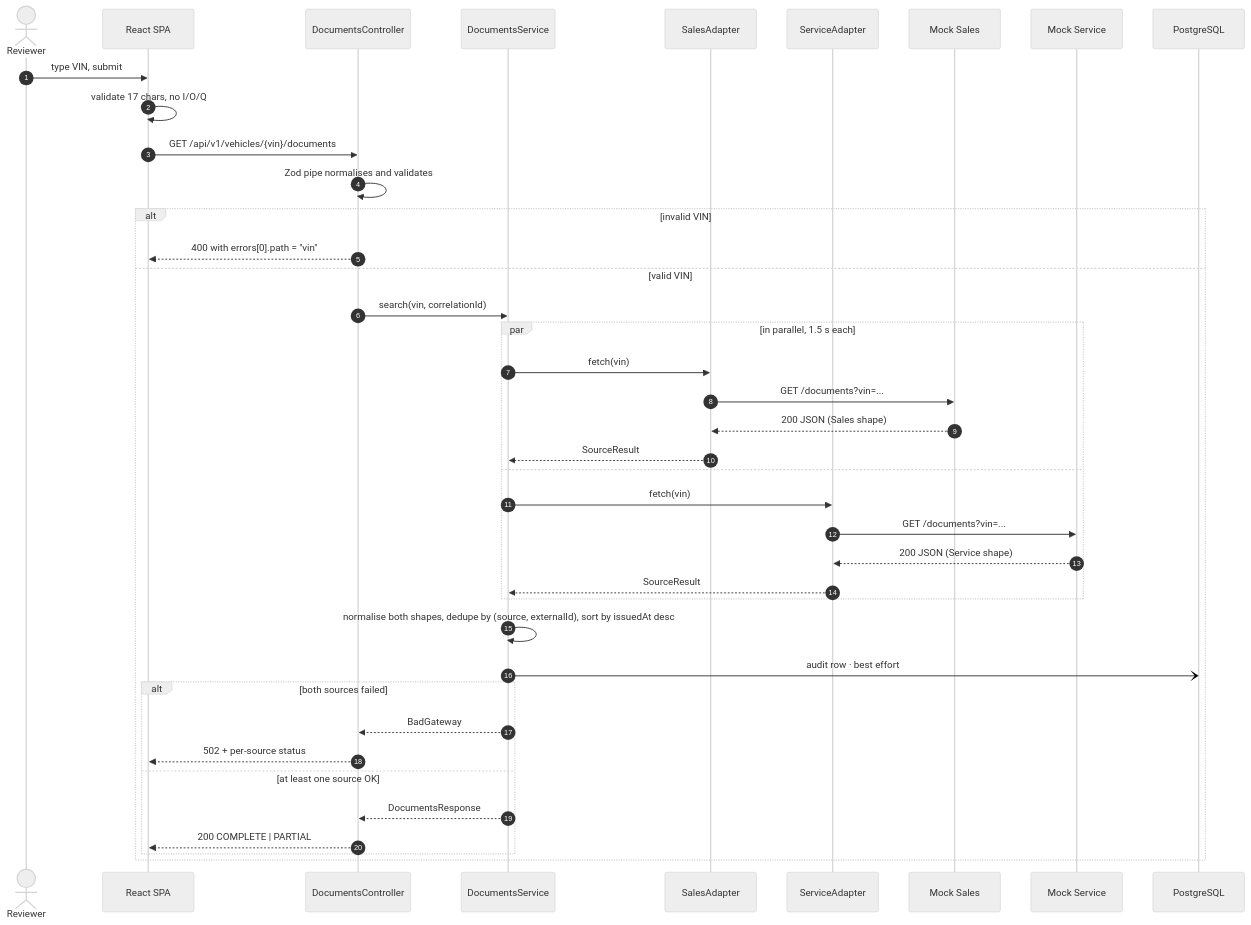
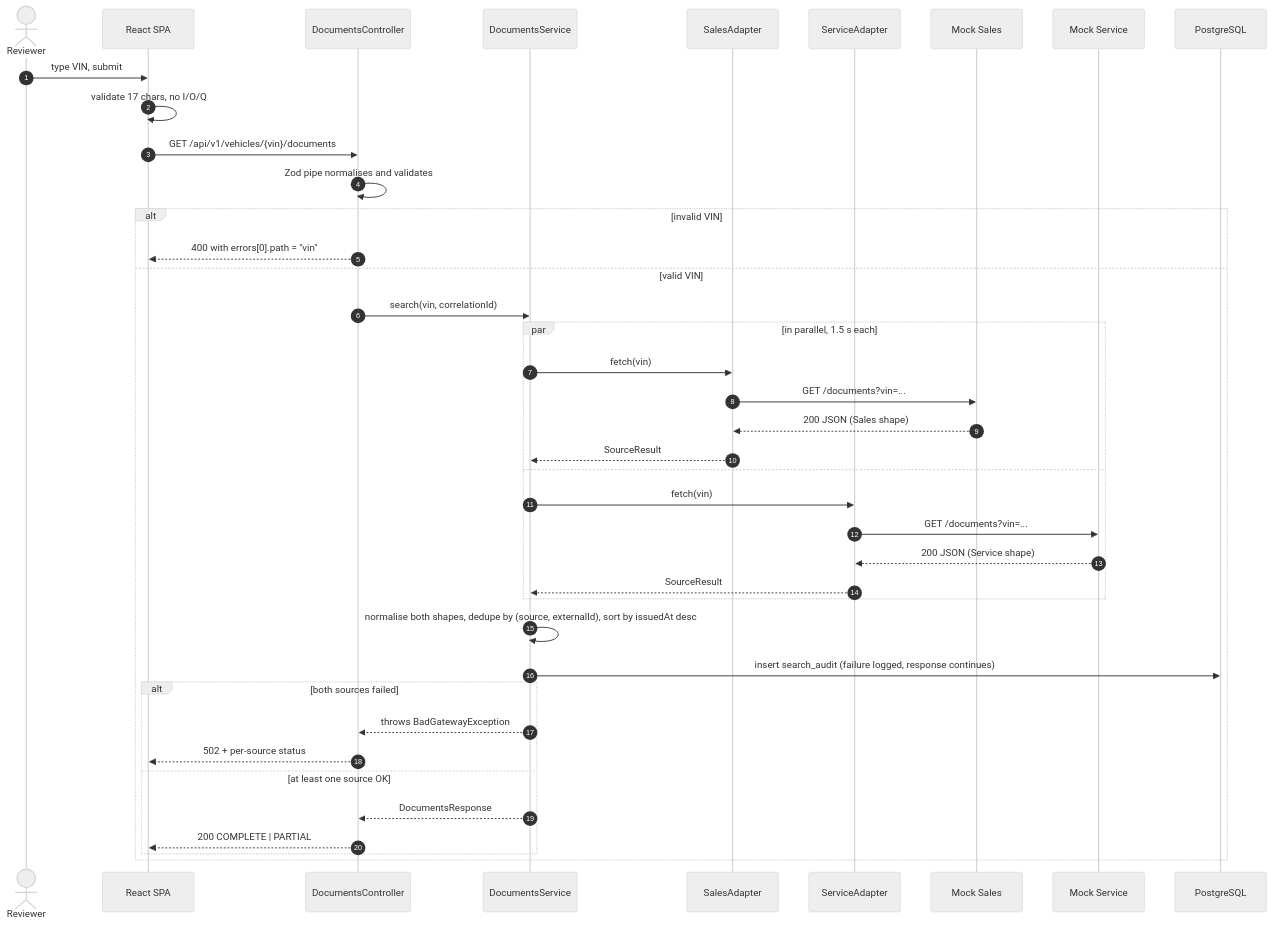
One commit to phatse/CarProjectKeyloop changed the second of 3 diagrams in Docs/system-design.md. Above: the diagram before and after it, drawn with Mermaid (neutral theme).

Commit message:
docs: correct the data-flow diagram notation
- the audit write is awaited, not fire-and-forget
- the service throws BadGatewayException; it does not return a value

````diff
--- a/Docs/system-design.md
+++ b/Docs/system-design.md
@@ -94,44 +94,44 @@
 ```mermaid
 sequenceDiagram
   autonumber
   actor U as Reviewer
   participant FE as React SPA
   participant C as DocumentsController
   participant S as DocumentsService
   participant A1 as SalesAdapter
   participant A2 as ServiceAdapter
   participant M1 as Mock Sales
   participant M2 as Mock Service
   participant DB as PostgreSQL
 
   U->>FE: type VIN, submit
   FE->>FE: validate 17 chars, no I/O/Q
   FE->>C: GET /api/v1/vehicles/{vin}/documents
   C->>C: Zod pipe normalises and validates
 
   alt invalid VIN
     C-->>FE: 400 with errors[0].path = "vin"
   else valid VIN
     C->>S: search(vin, correlationId)
     par in parallel, 1.5 s each
       S->>A1: fetch(vin)
       A1->>M1: GET /documents?vin=...
       M1-->>A1: 200 JSON (Sales shape)
       A1-->>S: SourceResult
     and
       S->>A2: fetch(vin)
       A2->>M2: GET /documents?vin=...
       M2-->>A2: 200 JSON (Service shape)
       A2-->>S: SourceResult
     end
     S->>S: normalise both shapes, dedupe by (source, externalId), sort by issuedAt desc
-    S-)DB: audit row · best effort
+    S->>DB: insert search_audit (failure logged, response continues)
     alt both sources failed
-      S-->>C: BadGateway
+      S-->>C: throws BadGatewayException
       C-->>FE: 502 + per-source status
     else at least one source OK
       S-->>C: DocumentsResponse
       C-->>FE: 200 COMPLETE | PARTIAL
     end
   end
 ```
````
